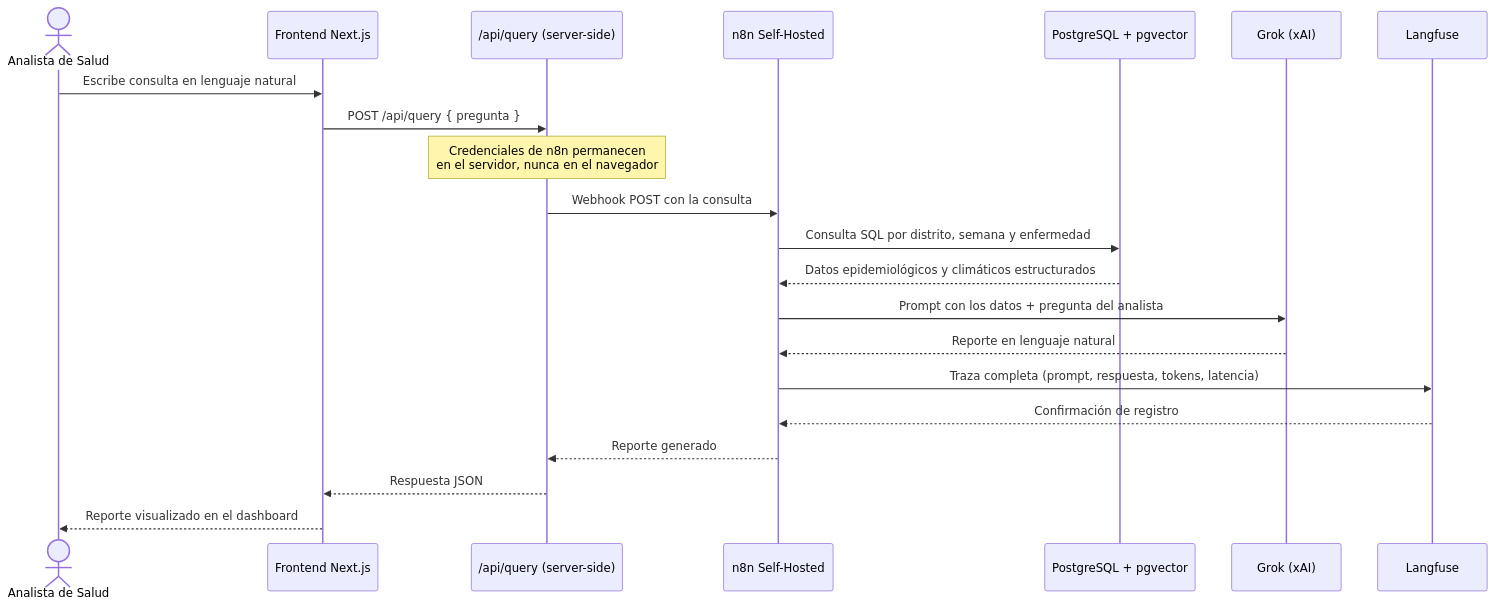
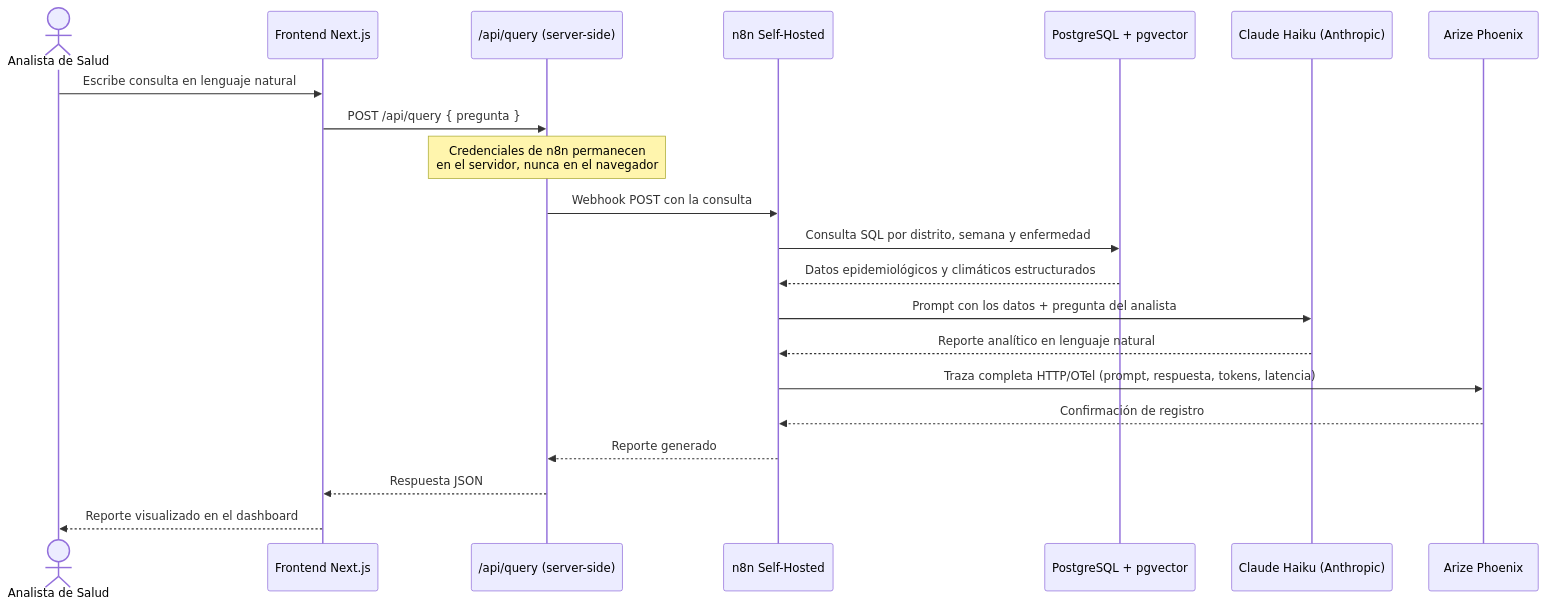
The first of 2 diagrams in README.md (Equipo5-Aqp/HealthRadar), drawn with Mermaid before and after one commit. The commit also changed other lines of this file and 19 other files, not shown here.

Commit message:
docs: actualizar README, diagramas C4 y ADRs con Gemini, Claude y Phoenix

````diff
--- a/README.md
+++ b/README.md
@@ -46,28 +48,28 @@
 ```mermaid
 sequenceDiagram
     actor Analista as Analista de Salud
     participant FE as Frontend Next.js
     participant API as /api/query (server-side)
     participant N8N as n8n Self-Hosted
     participant PG as PostgreSQL + pgvector
-    participant GROK as Grok (xAI)
-    participant LF as Langfuse
+    participant CLAUDE as Claude Haiku (Anthropic)
+    participant PHX as Arize Phoenix
 
     Analista->>FE: Escribe consulta en lenguaje natural
     FE->>API: POST /api/query { pregunta }
     Note over API: Credenciales de n8n permanecen<br/>en el servidor, nunca en el navegador
 
     API->>N8N: Webhook POST con la consulta
     N8N->>PG: Consulta SQL por distrito, semana y enfermedad
     PG-->>N8N: Datos epidemiológicos y climáticos estructurados
 
-    N8N->>GROK: Prompt con los datos + pregunta del analista
-    GROK-->>N8N: Reporte en lenguaje natural
+    N8N->>CLAUDE: Prompt con los datos + pregunta del analista
+    CLAUDE-->>N8N: Reporte analítico en lenguaje natural
 
-    N8N->>LF: Traza completa (prompt, respuesta, tokens, latencia)
-    LF-->>N8N: Confirmación de registro
+    N8N->>PHX: Traza completa HTTP/OTel (prompt, respuesta, tokens, latencia)
+    PHX-->>N8N: Confirmación de registro
 
     N8N-->>API: Reporte generado
     API-->>FE: Respuesta JSON
     FE-->>Analista: Reporte visualizado en el dashboard
 ```
````
